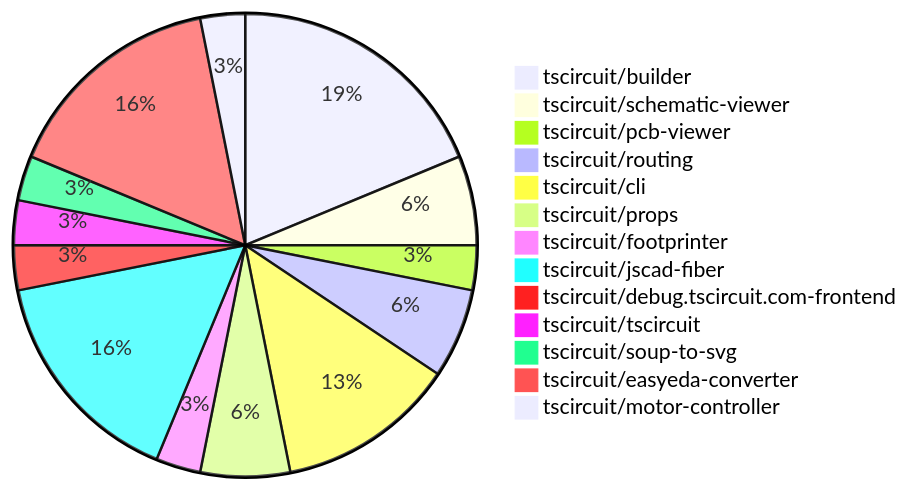
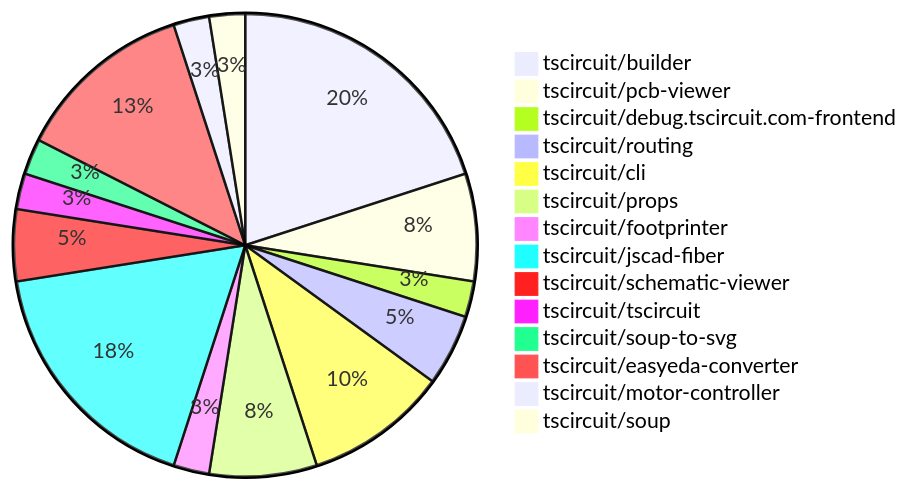
Before and after one commit to tscircuit/contribution-tracker: the diagram in README.md, drawn with Mermaid. The commit also changed other lines of this file and 1 other file, not shown here.

````diff
--- a/README.md
+++ b/README.md
@@ -24,16 +24,17 @@
 ```mermaid
 pie
-    "tscircuit/builder" : 6
-    "tscircuit/schematic-viewer" : 2
-    "tscircuit/pcb-viewer" : 1
+    "tscircuit/builder" : 8
+    "tscircuit/pcb-viewer" : 3
+    "tscircuit/debug.tscircuit.com-frontend" : 1
     "tscircuit/routing" : 2
     "tscircuit/cli" : 4
-    "tscircuit/props" : 2
+    "tscircuit/props" : 3
     "tscircuit/footprinter" : 1
-    "tscircuit/jscad-fiber" : 5
-    "tscircuit/debug.tscircuit.com-frontend" : 1
+    "tscircuit/jscad-fiber" : 7
+    "tscircuit/schematic-viewer" : 2
     "tscircuit/tscircuit" : 1
     "tscircuit/soup-to-svg" : 1
     "tscircuit/easyeda-converter" : 5
     "tscircuit/motor-controller" : 1
+    "tscircuit/soup" : 1
 ```
````
